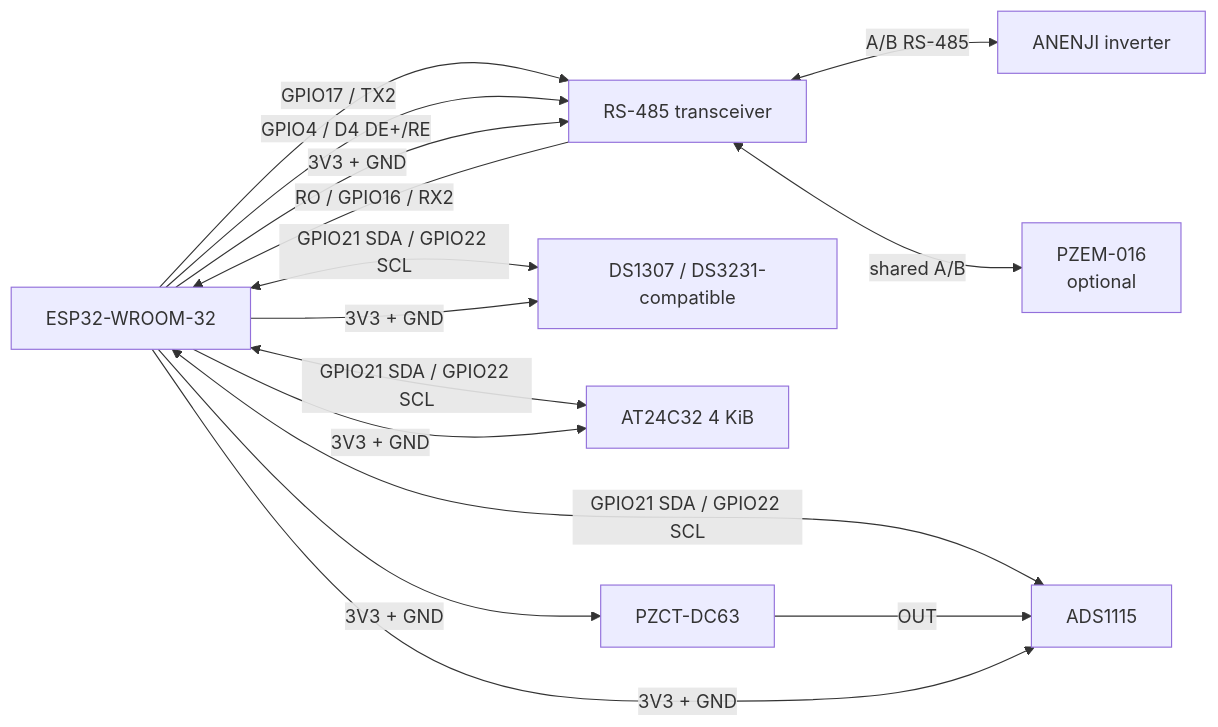
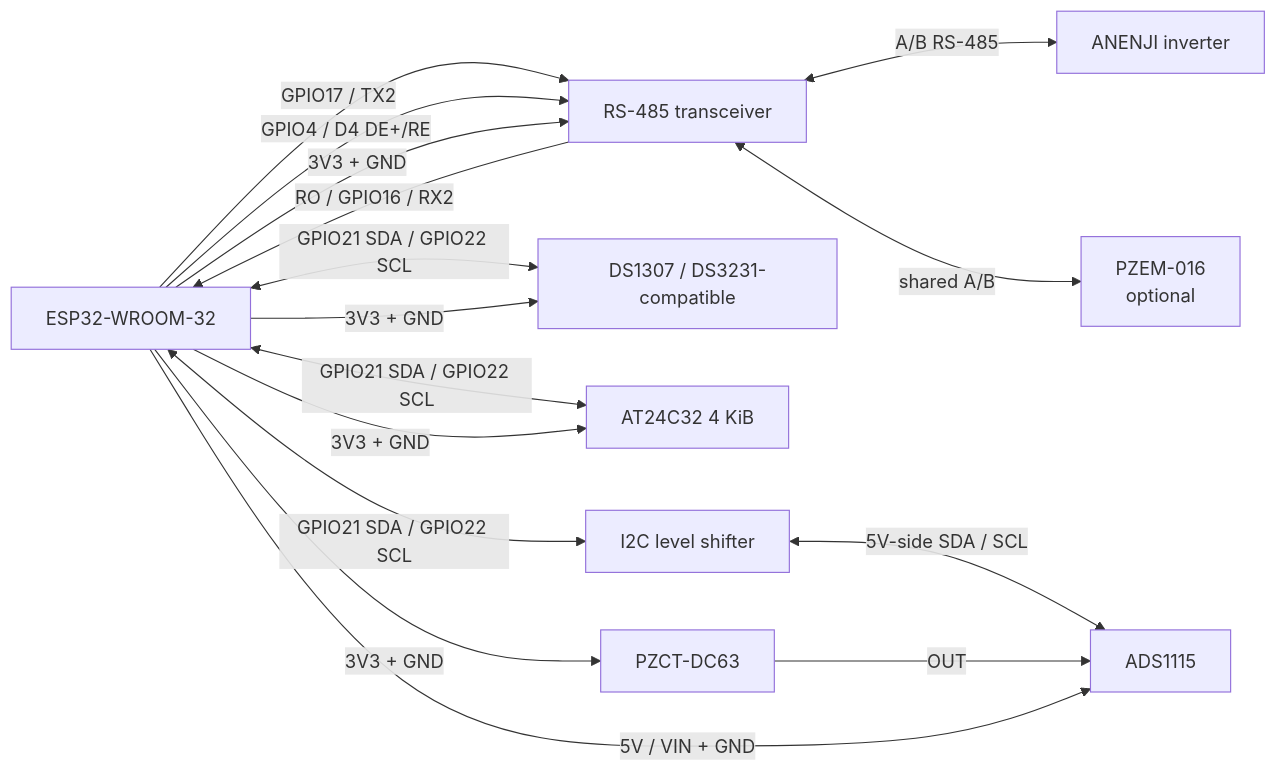
Before and after one commit to DanilVDV/esp32-anenji-wifi-rs485-controller: the first of 2 diagrams in README.md, drawn with Mermaid. The commit also changed other lines of this file, not shown here.

````diff
--- a/README.md
+++ b/README.md
@@ -149,26 +150,27 @@
 ```mermaid
 flowchart LR
     ESP[ESP32-WROOM-32]
     XCVR[RS-485 transceiver]
     INV[ANENJI inverter]
     PZ[PZEM-016\noptional]
     RTC[DS1307 / DS3231-compatible]
     EE[AT24C32 4 KiB]
     ADC[ADS1115]
     HALL[PZCT-DC63]
 
     ESP -- GPIO17 / TX2 --> XCVR
     XCVR -- RO / GPIO16 / RX2 --> ESP
     ESP -- GPIO4 / D4 DE+/RE --> XCVR
     XCVR <-- A/B RS-485 --> INV
     XCVR <-- shared A/B --> PZ
     ESP <-- GPIO21 SDA / GPIO22 SCL --> RTC
     ESP <-- GPIO21 SDA / GPIO22 SCL --> EE
-    ESP <-- GPIO21 SDA / GPIO22 SCL --> ADC
+    ESP <-- GPIO21 SDA / GPIO22 SCL --> SH[I2C level shifter]
+    SH <-- 5V-side SDA / SCL --> ADC
     HALL -- OUT --> ADC
     ESP -- 3V3 + GND --> XCVR
     ESP -- 3V3 + GND --> RTC
     ESP -- 3V3 + GND --> EE
-    ESP -- 3V3 + GND --> ADC
+    ESP -- 5V / VIN + GND --> ADC
     ESP -- 3V3 + GND --> HALL
 ```
````
